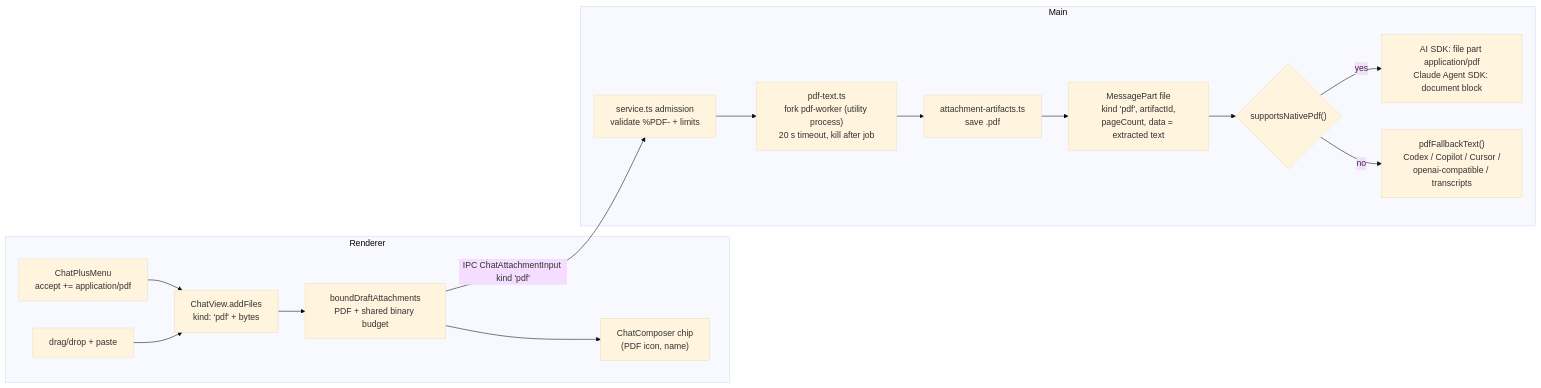
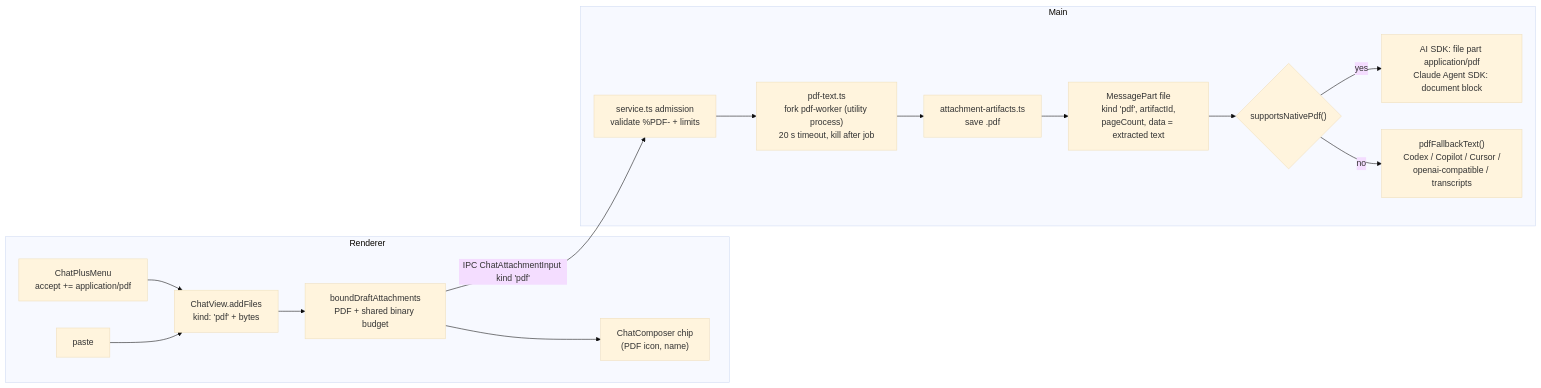
Before and after one commit to antonioducs/maestrly-app: the diagram in docs/superpowers/specs/2026-09-24-pdf-attachments-design.md, drawn with Mermaid (base theme). The commit also changed other lines of this file and 9 other files, not shown here.

````diff
--- a/docs/superpowers/specs/2026-09-24-pdf-attachments-design.md
+++ b/docs/superpowers/specs/2026-09-24-pdf-attachments-design.md
@@ -44,18 +45,18 @@
 ```mermaid
 flowchart LR
   subgraph Renderer
     PM["ChatPlusMenu\naccept += application/pdf"] --> AF["ChatView.addFiles\nkind: 'pdf' + bytes"]
-    DD["drag/drop + paste"] --> AF
+    DD["paste"] --> AF
     AF --> BG["boundDraftAttachments\nPDF + shared binary budget"]
     BG --> CC["ChatComposer chip\n(PDF icon, name)"]
   end
   subgraph Main
     AD["service.ts admission\nvalidate %PDF- + limits"] --> EX["pdf-text.ts\nfork pdf-worker (utility process)\n20 s timeout, kill after job"]
     EX --> ST["attachment-artifacts.ts\nsave <artifactId>.pdf"]
     ST --> PART["MessagePart file\nkind 'pdf', artifactId,\npageCount, data = extracted text"]
     PART --> CAP{"supportsNativePdf()"}
     CAP -->|yes| NAT["AI SDK: file part application/pdf\nClaude Agent SDK: document block"]
     CAP -->|no| TXT["pdfFallbackText()\nCodex / Copilot / Cursor /\nopenai-compatible / transcripts"]
   end
   BG -->|IPC ChatAttachmentInput kind 'pdf'| AD
 ```
````
